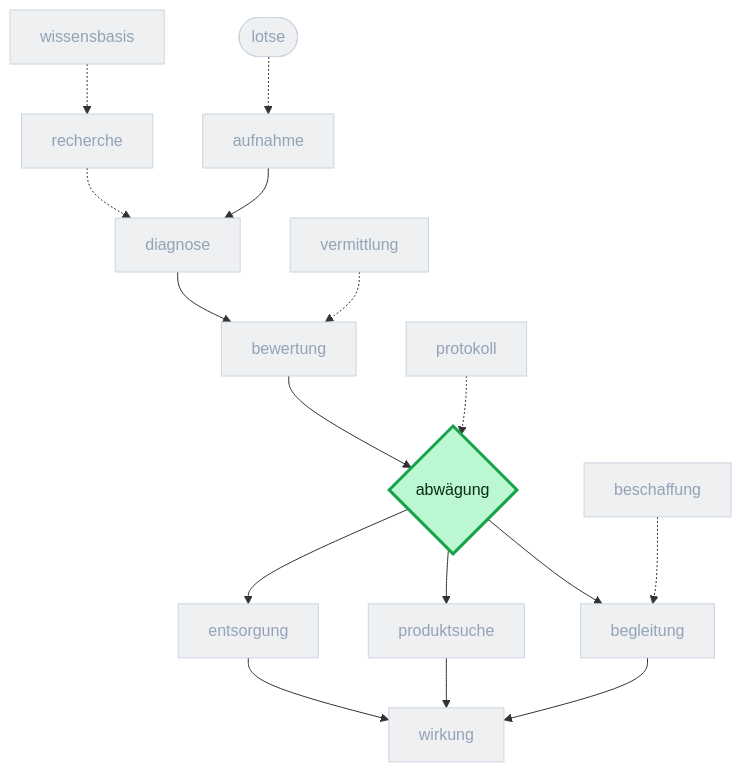
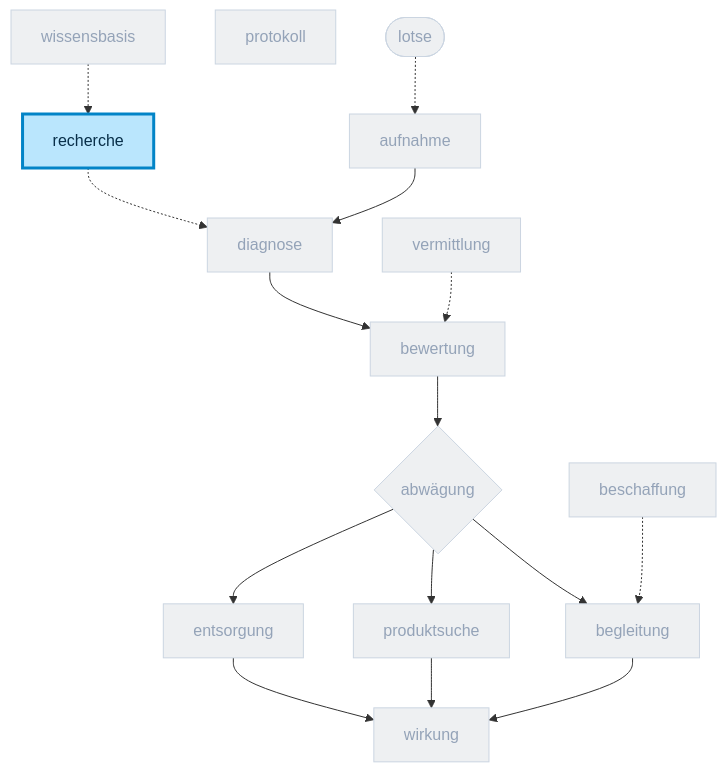
Before and after one commit to DigitaleOberlausitz/hackathon2026_RepairApp: the sixth of 15 diagrams in docs/folien/runtime-roles.adoc, drawn with Mermaid. The commit also changed other lines of this file and 2 other files, not shown here.

First line of the commit message:
docs(folien): Rollen-Folien narrativ (just-in-time) ordnen + schärfere Diagramme

```diff
--- a/docs/folien/runtime-roles.adoc
+++ b/docs/folien/runtime-roles.adoc
@@ -303,31 +325,30 @@
 [mermaid]
 ....
 flowchart TB
   classDef dim fill:#eef0f2,stroke:#cbd5e1,color:#94a3b8
-  classDef active fill:#bbf7d0,stroke:#16a34a,stroke-width:3px,color:#052e16
+  classDef active fill:#bae6fd,stroke:#0284c7,stroke-width:3px,color:#082f49
   lotse([lotse]):::dim
   aufnahme[aufnahme]:::dim
   diagnose[diagnose]:::dim
   bewertung[bewertung]:::dim
   abwaegung{abwägung}:::dim
   begleitung[begleitung]:::dim
   produktsuche[produktsuche]:::dim
   entsorgung[entsorgung]:::dim
   wirkung[wirkung]:::dim
   recherche[recherche]:::dim
   vermittlung[vermittlung]:::dim
   beschaffung[beschaffung]:::dim
   protokoll[protokoll]:::dim
   wissensbasis[wissensbasis]:::dim
   lotse -.-> aufnahme
   aufnahme --> diagnose --> bewertung --> abwaegung
   abwaegung --> begleitung --> wirkung
   abwaegung --> produktsuche --> wirkung
   abwaegung --> entsorgung --> wirkung
   recherche -.-> diagnose
   vermittlung -.-> bewertung
   beschaffung -.-> begleitung
-  protokoll -.-> abwaegung
   wissensbasis -.-> recherche
-  class abwaegung active
+  class recherche active
 ....
```
